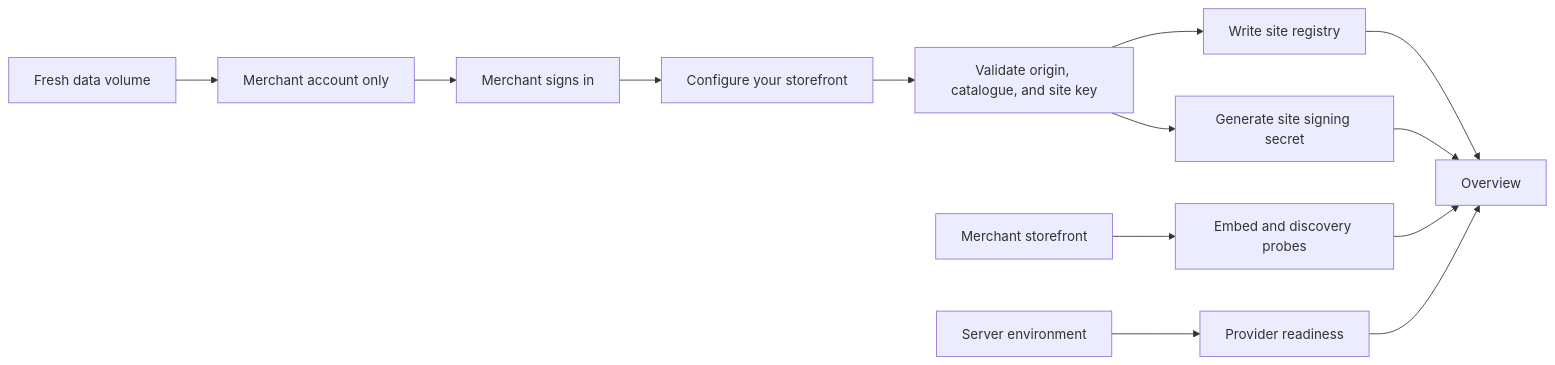
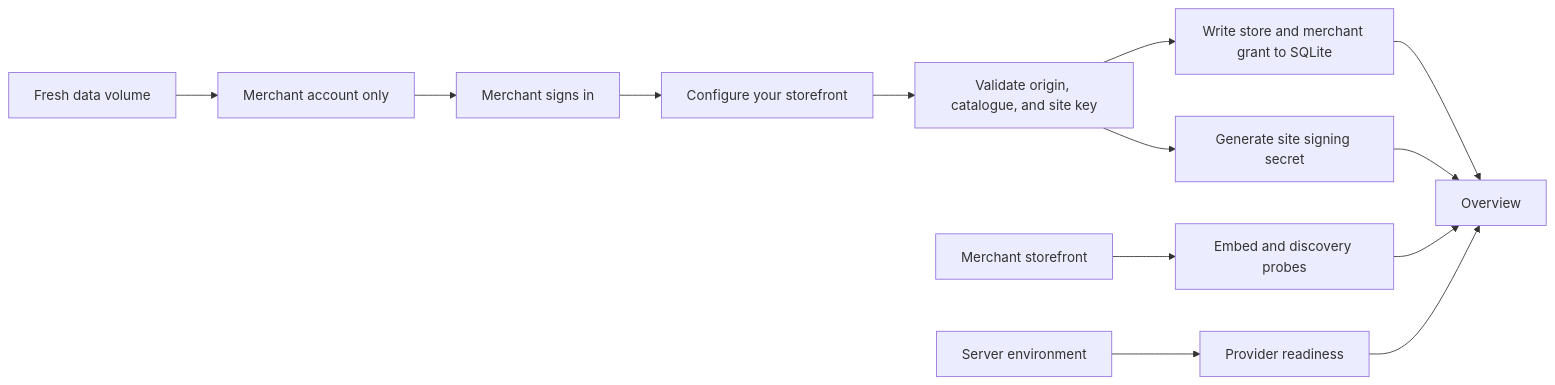
Before and after one commit to supersanchayrx/RazorPay-Buildathon: the tenth of 22 diagrams in docs/architecture.md, drawn with Mermaid. The commit also changed other lines of this file and 118 other files, not shown here.

````diff
--- a/docs/architecture.md
+++ b/docs/architecture.md
@@ -570,15 +574,15 @@
 ```mermaid
 flowchart LR
     Fresh[Fresh data volume] --> Account[Merchant account only]
     Account --> Login[Merchant signs in]
     Login --> Form[Configure your storefront]
     Form --> Validate[Validate origin, catalogue, and site key]
-    Validate --> Registry[Write site registry]
+    Validate --> Registry[Write store and merchant grant to SQLite]
     Validate --> Secret[Generate site signing secret]
     Registry --> Overview[Overview]
     Secret --> Overview
     Store[Merchant storefront] --> Probes[Embed and discovery probes]
     Probes --> Overview
     Env[Server environment] --> Readiness[Provider readiness]
     Readiness --> Overview
 ```
````
